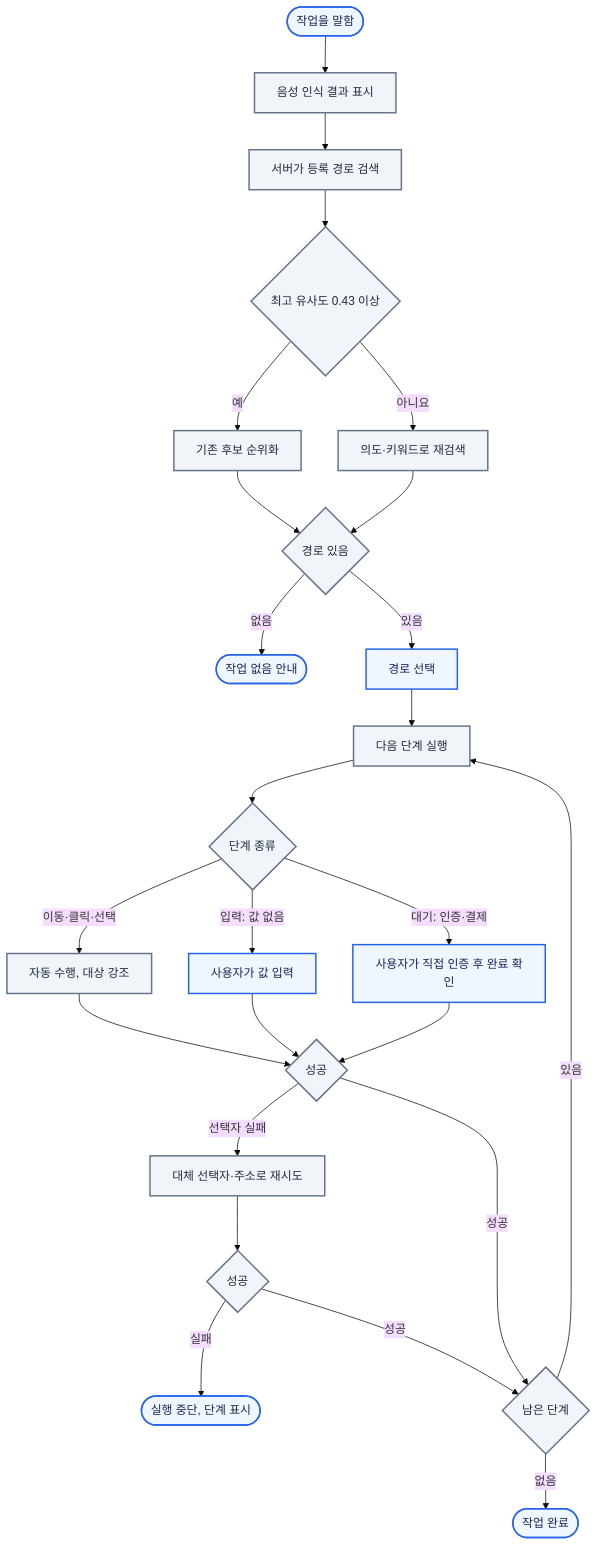
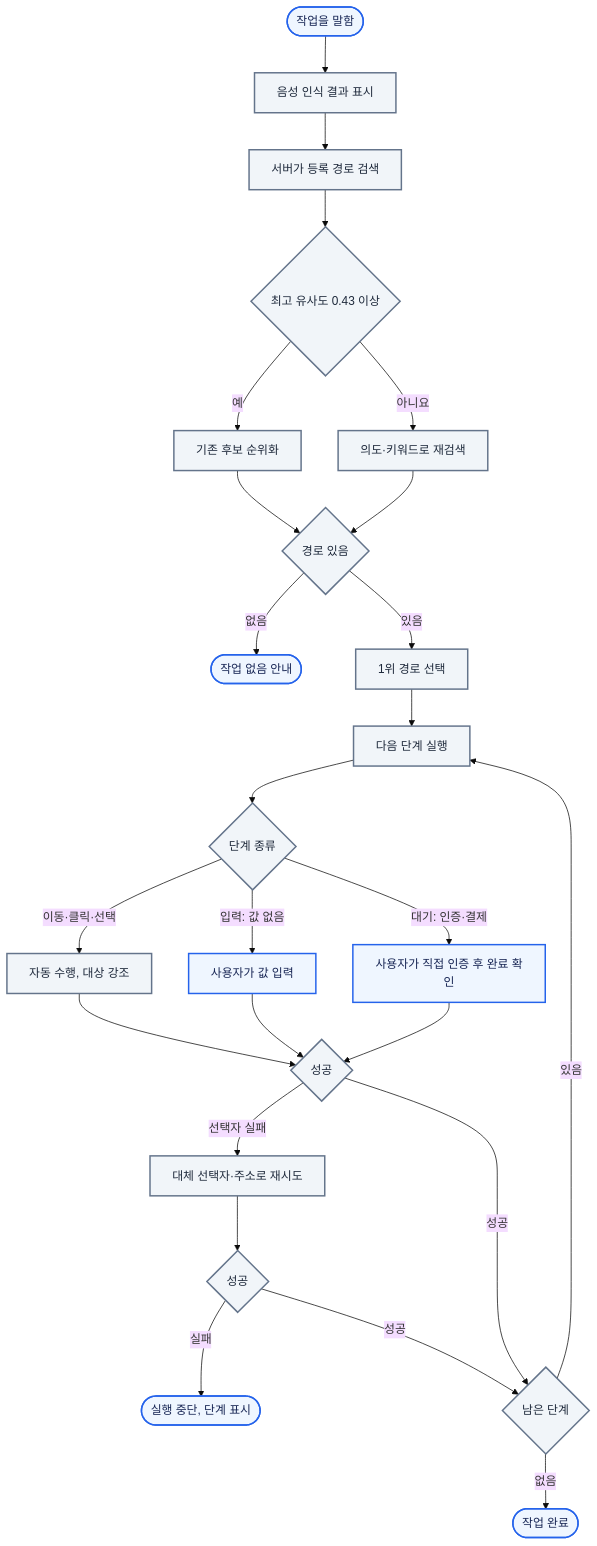
One commit to gjaku1031/ken-blog changed the second of 3 diagrams in content/posts/doc-3f85f8a2-5f73-40f2-92b9-80d0ec2aed59.md. Above: the diagram before and after it, drawn with Mermaid (base theme). The commit also changed 7 other files, not shown here.

````diff
--- a/content/posts/doc-3f85f8a2-5f73-40f2-92b9-80d0ec2aed59.md
+++ b/content/posts/doc-3f85f8a2-5f73-40f2-92b9-80d0ec2aed59.md
@@ -59,32 +59,32 @@
 ```mermaid caption="검색은 서버, 실행과 인증은 사용자 PC에서 일어남. 유사도가 낮으면 서버가 의도·키워드로 다시 찾음"
 flowchart TD
     %% legend: color:#eff6ff:#2563eb=사용자 행동; color:#f1f5f9:#64748b=시스템 처리; round=시작·끝; diamond=판단
     start(["작업을 말함"]) --> stt["음성 인식 결과 표시"]
     stt --> search["서버가 등록 경로 검색"]
     search --> sim{"최고 유사도 0.43 이상"}
     sim -->|예| rank["기존 후보 순위화"]
     sim -->|아니요| re["의도·키워드로 재검색"]
     rank --> found{"경로 있음"}
     re --> found
     found -->|없음| none(["작업 없음 안내"])
-    found -->|있음| pick["경로 선택"]
+    found -->|있음| pick["1위 경로 선택"]
     pick --> step["다음 단계 실행"]
     step --> kind{"단계 종류"}
     kind -->|이동·클릭·선택| auto["자동 수행, 대상 강조"]
     kind -->|입력: 값 없음| ask["사용자가 값 입력"]
     kind -->|대기: 인증·결제| wait["사용자가 직접 인증 후 완료 확인"]
     auto --> ok{"성공"}
     ask --> ok
     wait --> ok
     ok -->|선택자 실패| fallback["대체 선택자·주소로 재시도"]
     fallback --> ok2{"성공"}
     ok2 -->|실패| fail(["실행 중단, 단계 표시"])
     ok2 -->|성공| more
     ok -->|성공| more{"남은 단계"}
     more -->|있음| step
     more -->|없음| done(["작업 완료"])
     classDef user fill:#eff6ff,stroke:#2563eb,color:#172554,stroke-width:2px
     classDef system fill:#f1f5f9,stroke:#64748b,color:#1e293b,stroke-width:2px
-    class start,pick,ask,wait,none,fail,done user
-    class stt,search,sim,rank,re,found,step,kind,auto,ok,fallback,ok2,more system
+    class start,ask,wait,none,fail,done user
+    class stt,search,sim,rank,re,found,pick,step,kind,auto,ok,fallback,ok2,more system
 ```
````
